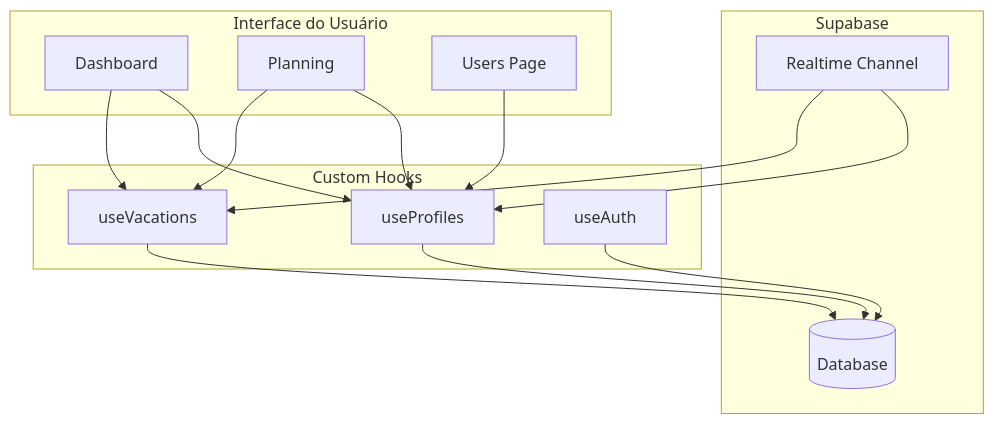
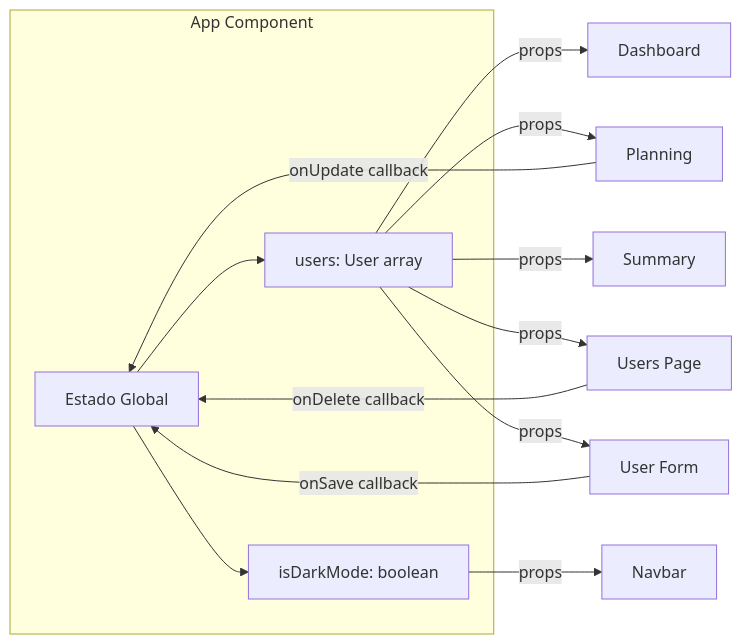
One commit to OlosLive/holidayGo changed the third of 11 diagrams in docs/ARCHITECTURE.md. Above: the diagram before and after it, drawn with Mermaid. The commit also changed other lines of this file and 8 other files, not shown here.

````diff
--- a/docs/ARCHITECTURE.md
+++ b/docs/ARCHITECTURE.md
@@ -372,32 +124,23 @@
 ```mermaid
-graph TD
-    subgraph UI[Interface do Usuário]
-        Dashboard[Dashboard]
-        Planning[Planning]
-        Users[Users Page]
+graph LR
+    subgraph AppComponent[App Component]
+        State[Estado Global]
+        Users[users: User array]
+        Theme[isDarkMode: boolean]
     end
     
-    subgraph Hooks[Custom Hooks]
-        useProfiles[useProfiles]
-        useVacations[useVacations]
-        useAuth[useAuth]
-    end
+    State --> Users
+    State --> Theme
     
-    subgraph Supabase[Supabase]
-        DB[(Database)]
-        Realtime[Realtime Channel]
-    end
+    Users -->|props| Dashboard[Dashboard]
+    Users -->|props| Planning[Planning]
+    Users -->|props| Summary[Summary]
+    Users -->|props| UsersPage[Users Page]
+    Users -->|props| UserForm[User Form]
     
-    Dashboard --> useProfiles
-    Dashboard --> useVacations
-    Planning --> useProfiles
-    Planning --> useVacations
-    Users --> useProfiles
+    Theme -->|props| Navbar[Navbar]
     
-    useProfiles --> DB
-    useVacations --> DB
-    useAuth --> DB
-    
-    Realtime --> useProfiles
-    Realtime --> useVacations
+    Planning -->|onUpdate callback| State
+    UsersPage -->|onDelete callback| State
+    UserForm -->|onSave callback| State
 ```
````
